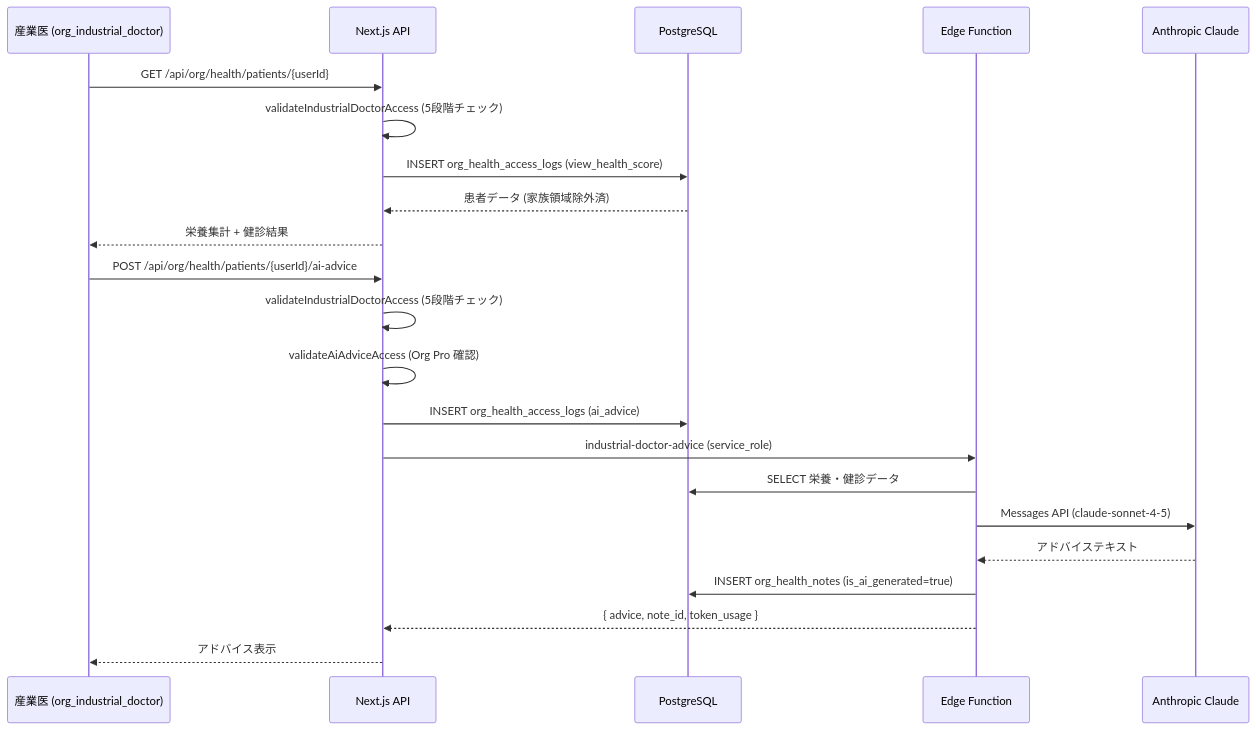
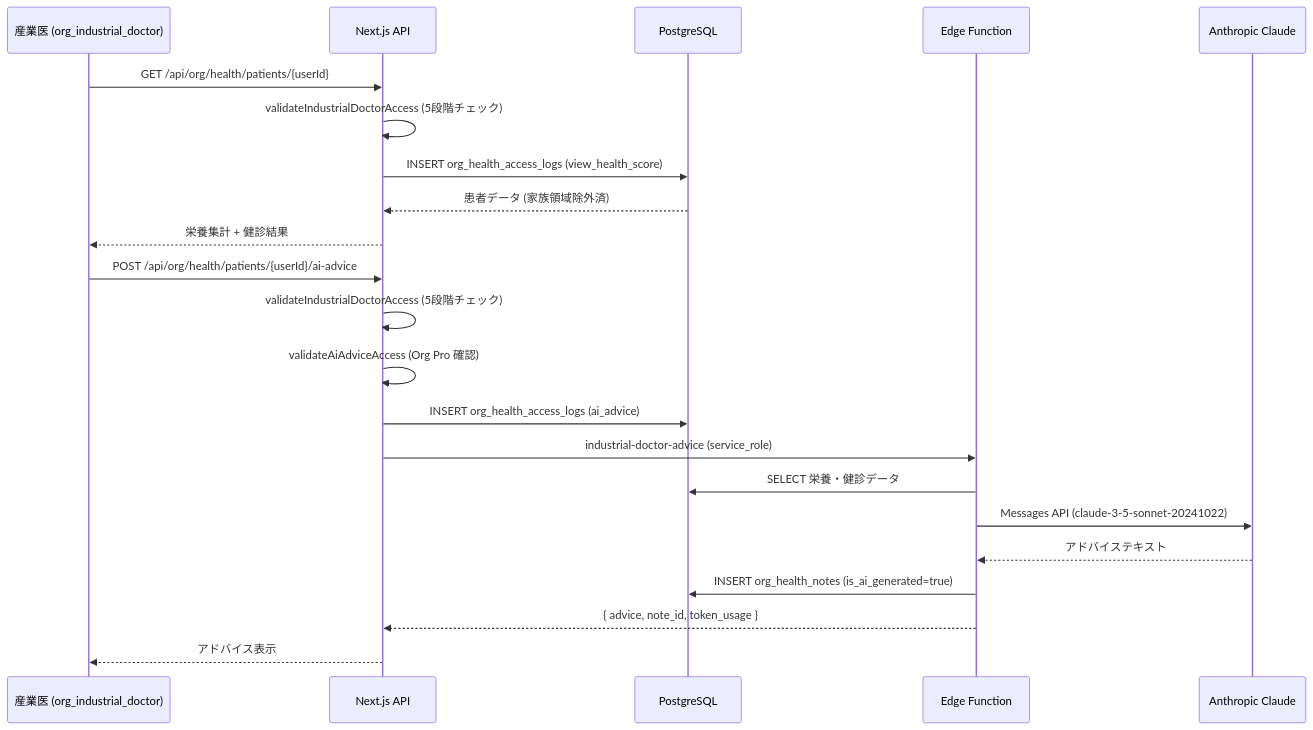
One commit to DaisukeHori/homegohan-app changed the diagram in docs/design/org/06-industrial-doctor.md. Above: the diagram before and after it, drawn with Mermaid. The commit also changed other lines of this file and 21 other files, not shown here.

````diff
--- a/docs/design/org/06-industrial-doctor.md
+++ b/docs/design/org/06-industrial-doctor.md
@@ -348,26 +348,26 @@
 ```mermaid
 sequenceDiagram
   participant Doctor as 産業医 (org_industrial_doctor)
   participant API as Next.js API
   participant DB as PostgreSQL
   participant EF as Edge Function
   participant Claude as Anthropic Claude
 
   Doctor->>API: GET /api/org/health/patients/{userId}
   API->>API: validateIndustrialDoctorAccess (5段階チェック)
   API->>DB: INSERT org_health_access_logs (view_health_score)
   DB-->>API: 患者データ (家族領域除外済)
   API-->>Doctor: 栄養集計 + 健診結果
 
   Doctor->>API: POST /api/org/health/patients/{userId}/ai-advice
   API->>API: validateIndustrialDoctorAccess (5段階チェック)
   API->>API: validateAiAdviceAccess (Org Pro 確認)
   API->>DB: INSERT org_health_access_logs (ai_advice)
   API->>EF: industrial-doctor-advice (service_role)
   EF->>DB: SELECT 栄養・健診データ
-  EF->>Claude: Messages API (claude-sonnet-4-5)
+  EF->>Claude: Messages API (claude-3-5-sonnet-20241022)
   Claude-->>EF: アドバイステキスト
   EF->>DB: INSERT org_health_notes (is_ai_generated=true)
   EF-->>API: { advice, note_id, token_usage }
   API-->>Doctor: アドバイス表示
 ```
````
